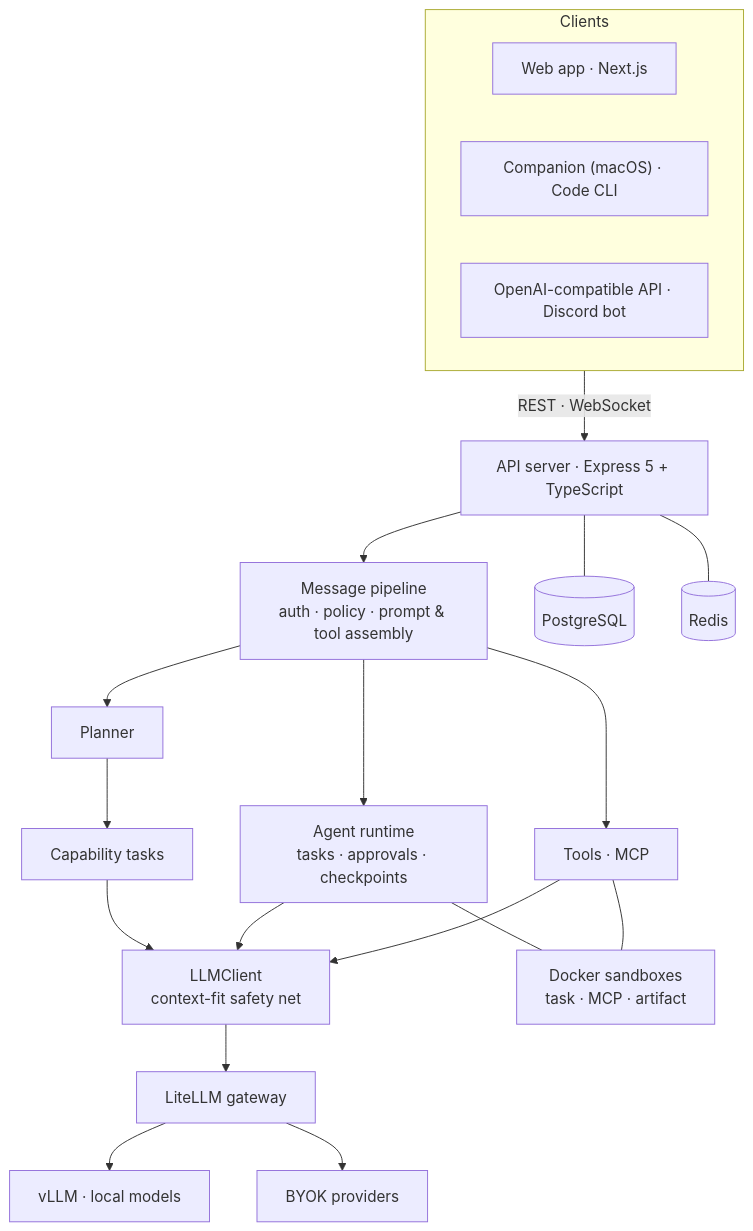
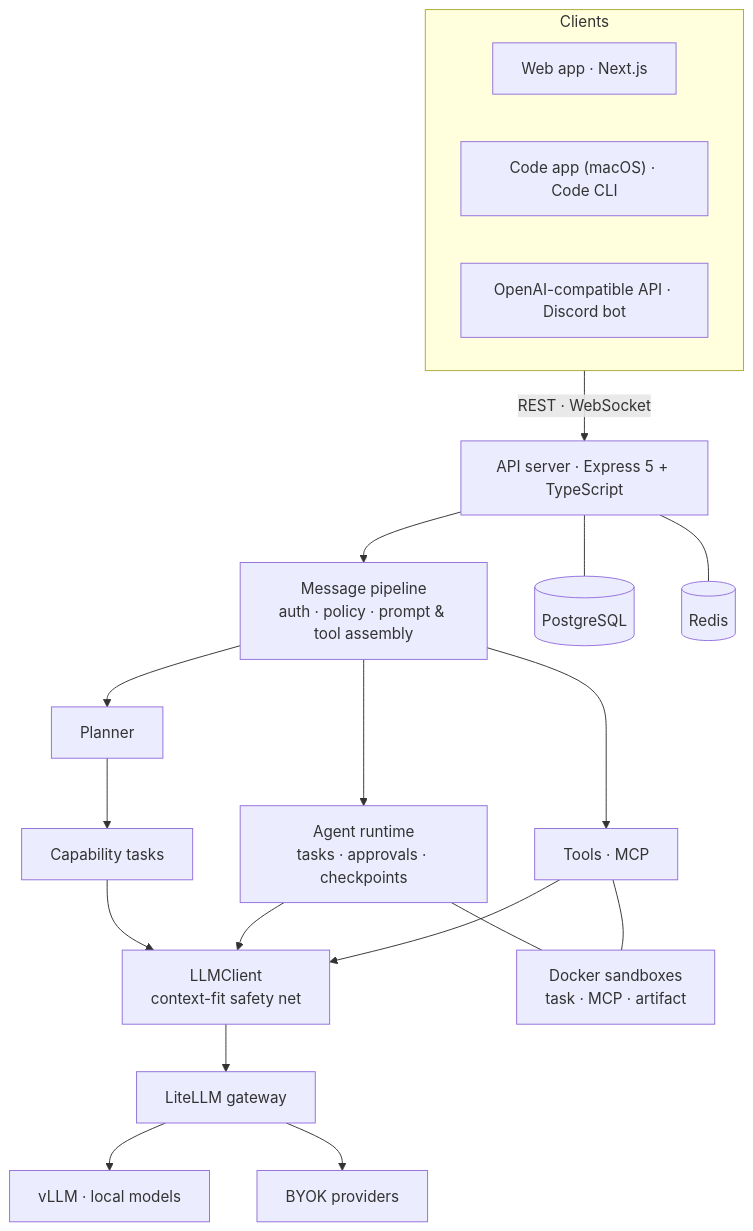
The second of 2 diagrams in data/readmes/openmake__openmake_llm.md (zqf20096327/ai_collect), drawn with Mermaid before and after one commit. The commit also changed other lines of this file and 1765 other files, not shown here.

````diff
--- a/data/readmes/openmake__openmake_llm.md
+++ b/data/readmes/openmake__openmake_llm.md
@@ -207,24 +207,24 @@
 ```mermaid
 flowchart TB
     subgraph clients["Clients"]
         WEB["Web app · Next.js"]
-        NATIVE["Companion (macOS) · Code CLI"]
+        NATIVE["Code app (macOS) · Code CLI"]
         APIC["OpenAI-compatible API · Discord bot"]
     end
     clients -->|"REST · WebSocket"| API["API server · Express 5 + TypeScript"]
     API --> PIPE["Message pipeline<br/>auth · policy · prompt & tool assembly"]
     PIPE --> PLAN["Planner"]
     PLAN --> CAP["Capability tasks"]
     PIPE --> AGT["Agent runtime<br/>tasks · approvals · checkpoints"]
     PIPE --> TOOLS["Tools · MCP"]
     CAP --> LLM["LLMClient<br/>context-fit safety net"]
     AGT --> LLM
     TOOLS --> LLM
     LLM --> GW["LiteLLM gateway"]
     GW --> VLLM["vLLM · local models"]
     GW --> EXT["BYOK providers"]
     API --- PG[("PostgreSQL")]
     API --- RD[("Redis")]
     AGT --- SB["Docker sandboxes<br/>task · MCP · artifact"]
     TOOLS --- SB
 ```
````
